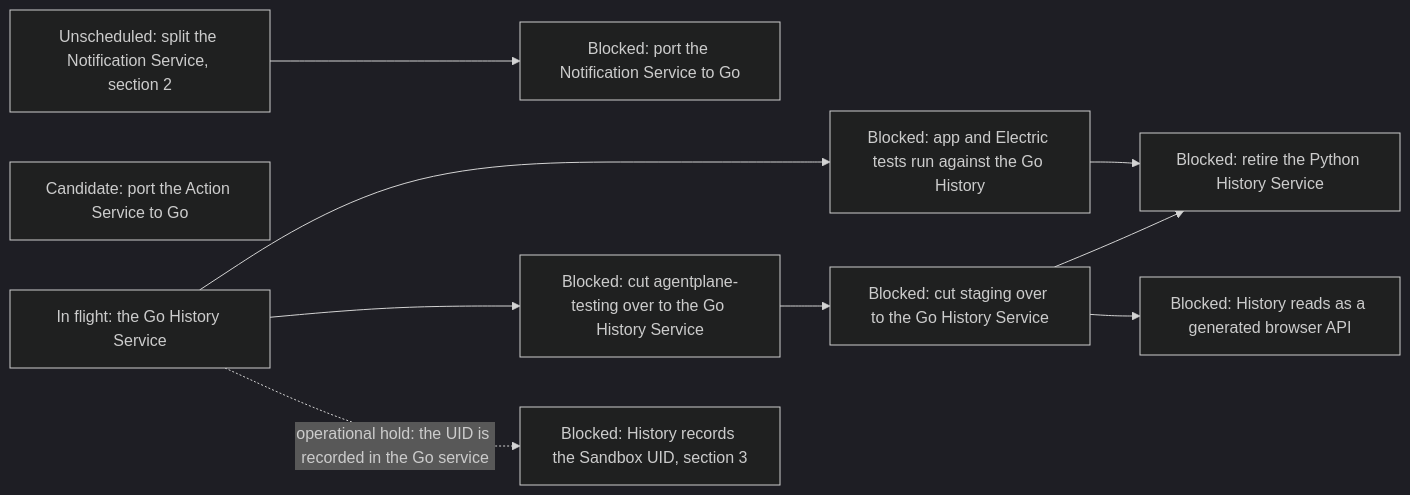
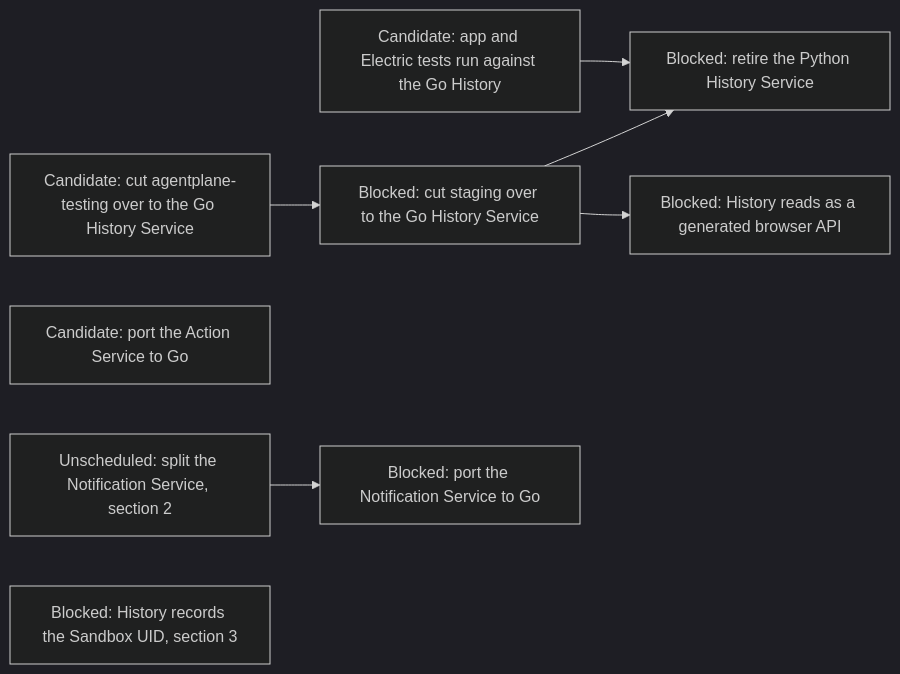
One commit to agentydragon-agent/ducktape changed diagram 17 of 17 in agentplane/plans/task_dag.md. Above: the diagram before and after it, drawn with Mermaid (dark theme). The commit also changed other lines of this file and 8 other files, not shown here.

First line of the commit message:
History Service: run the Go service and build its images (#11213)

````diff
--- a/agentplane/plans/task_dag.md
+++ b/agentplane/plans/task_dag.md
@@ -1966,21 +1965,17 @@
 ```mermaid
 flowchart LR
-    HISTORY_GO_SERVICE[In flight: the Go History Service]
-    HISTORY_TEST_BACKEND_ON_GO[Blocked: app and Electric tests run against the Go History]
-    HISTORY_GO_TESTING_CUTOVER[Blocked: cut agentplane-testing over to the Go History Service]
+    HISTORY_TEST_BACKEND_ON_GO[Candidate: app and Electric tests run against the Go History]
+    HISTORY_GO_TESTING_CUTOVER[Candidate: cut agentplane-testing over to the Go History Service]
     HISTORY_GO_STAGING_CUTOVER[Blocked: cut staging over to the Go History Service]
     HISTORY_PYTHON_RETIREMENT[Blocked: retire the Python History Service]
     HISTORY_READS_FACADE[Blocked: History reads as a generated browser API]
     NOTIFICATION_SERVICE_GO_PORT[Blocked: port the Notification Service to Go]
     ACTION_SERVICE_GO_PORT[Candidate: port the Action Service to Go]
     NOTIFICATION_SERVICE_SPLIT[Unscheduled: split the Notification Service, section 2]
     HISTORY_SANDBOX_UID[Blocked: History records the Sandbox UID, section 3]
-    HISTORY_GO_SERVICE --> HISTORY_TEST_BACKEND_ON_GO
-    HISTORY_GO_SERVICE --> HISTORY_GO_TESTING_CUTOVER
     HISTORY_GO_TESTING_CUTOVER --> HISTORY_GO_STAGING_CUTOVER
     HISTORY_GO_STAGING_CUTOVER --> HISTORY_PYTHON_RETIREMENT
     HISTORY_TEST_BACKEND_ON_GO --> HISTORY_PYTHON_RETIREMENT
     HISTORY_GO_STAGING_CUTOVER --> HISTORY_READS_FACADE
     NOTIFICATION_SERVICE_SPLIT --> NOTIFICATION_SERVICE_GO_PORT
-    HISTORY_GO_SERVICE -. operational hold: the UID is recorded in the Go service .-> HISTORY_SANDBOX_UID
 ```
````
